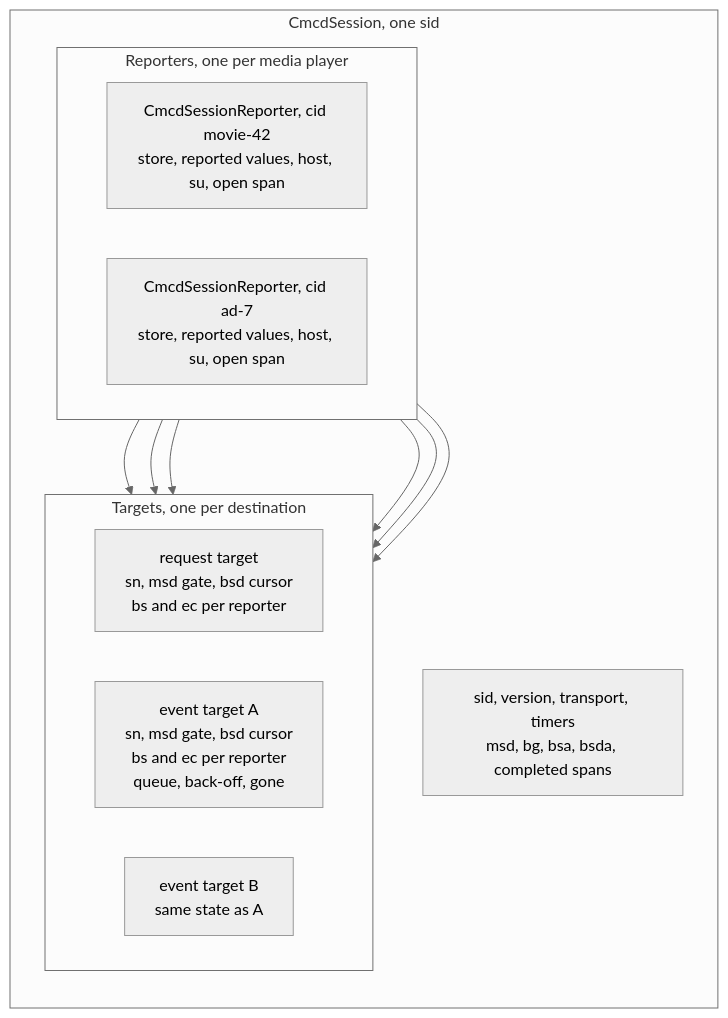
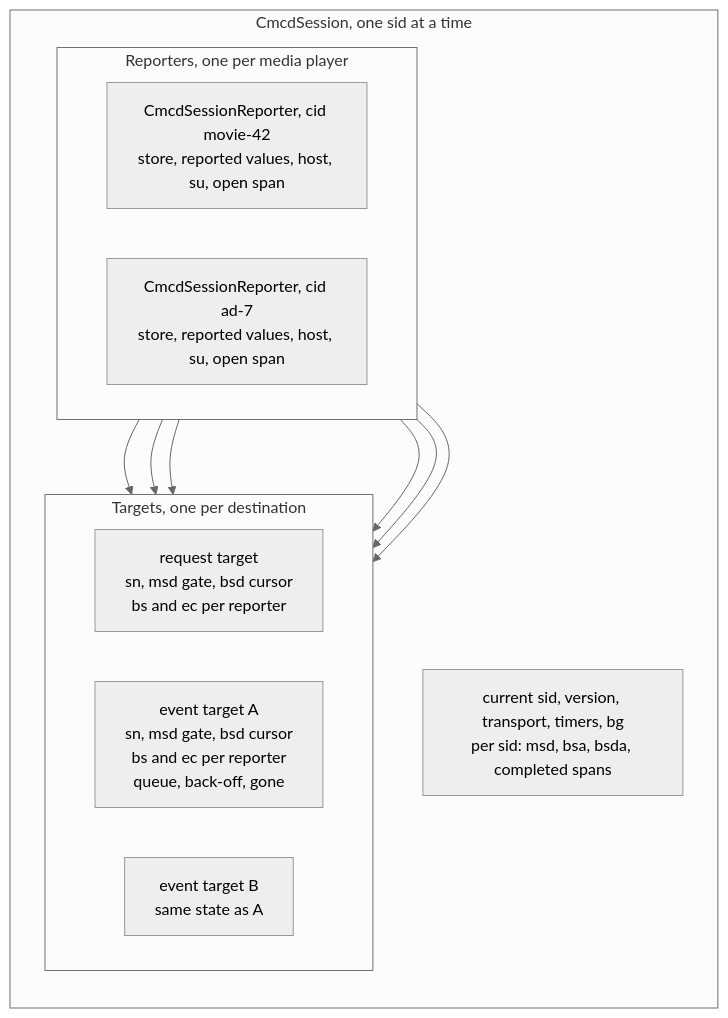
The first of 5 diagrams in rfc/cmcd-session-api.md (streaming-video-technology-alliance/common-media-library), drawn with Mermaid (neutral theme) before and after one commit. The commit also changed other lines of this file and 2 other files, not shown here.

First line of the commit message:
docs(rfc): add rotate() to the session API RFC

````diff
--- a/rfc/cmcd-session-api.md
+++ b/rfc/cmcd-session-api.md
@@ -108,24 +108,24 @@
 ```mermaid
 flowchart TB
-    subgraph session["CmcdSession, one sid"]
+    subgraph session["CmcdSession, one sid at a time"]
         direction TB
-        sdata["sid, version, transport, timers<br>msd, bg, bsa, bsda, completed spans"]
+        sdata["current sid, version, transport, timers, bg<br>per sid: msd, bsa, bsda, completed spans"]
         subgraph reporters["Reporters, one per media player"]
             direction LR
             primary["CmcdSessionReporter, cid movie-42<br>store, reported values, host, su, open span"]
             ad["CmcdSessionReporter, cid ad-7<br>store, reported values, host, su, open span"]
         end
         subgraph targets["Targets, one per destination"]
             direction LR
             req["request target<br>sn, msd gate, bsd cursor<br>bs and ec per reporter"]
             ev1["event target A<br>sn, msd gate, bsd cursor<br>bs and ec per reporter<br>queue, back-off, gone"]
             ev2["event target B<br>same state as A"]
         end
     end
     primary --> req
     primary --> ev1
     primary --> ev2
     ad --> req
     ad --> ev1
     ad --> ev2
 ```
````
